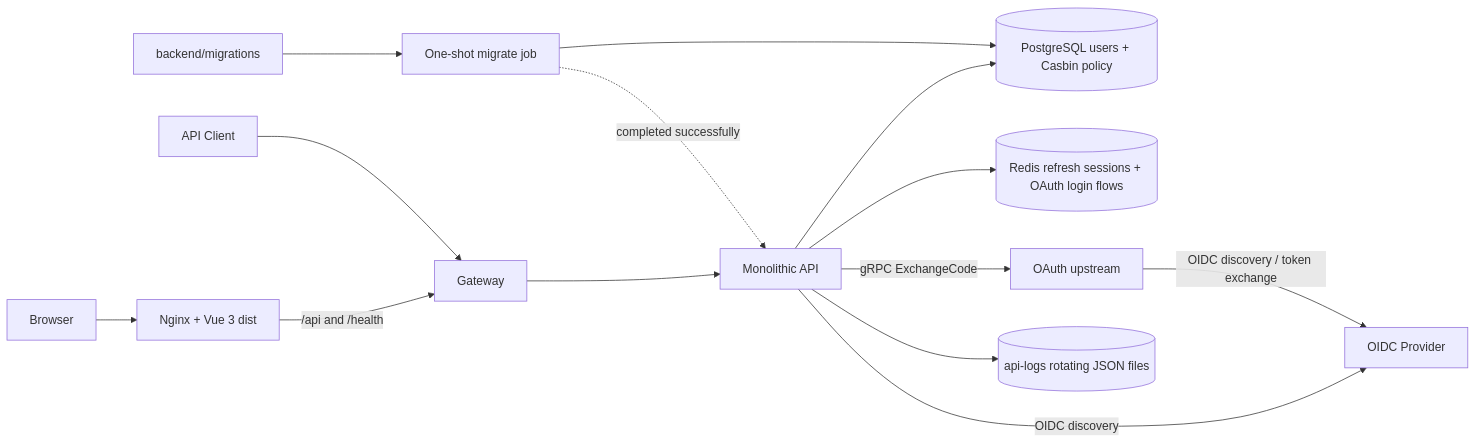
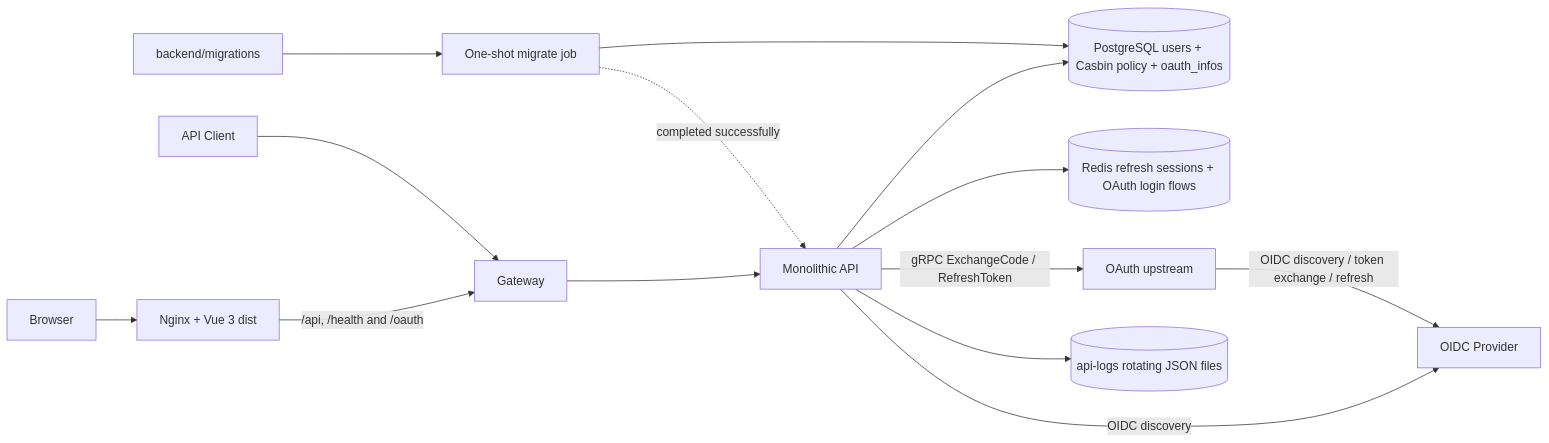
The first of 4 diagrams in ARCHITECTURE.md (DWHuang99/erent), drawn with Mermaid before and after one commit. The commit also changed other lines of this file and 54 other files, not shown here.

First line of the commit message:
feat(oauth): persist and refresh authorized provider accounts

````diff
--- a/ARCHITECTURE.md
+++ b/ARCHITECTURE.md
@@ -7,16 +7,16 @@
 ```mermaid
 flowchart LR
     Browser[Browser] --> Web[Nginx + Vue 3 dist]
-    Web -->|/api and /health| Gateway[Gateway]
+    Web -->|/api, /health and /oauth| Gateway[Gateway]
     Client[API Client] --> Gateway
     Gateway --> API[Monolithic API]
-    API --> PostgreSQL[(PostgreSQL users + Casbin policy)]
+    API --> PostgreSQL[(PostgreSQL users + Casbin policy + oauth_infos)]
     API --> Redis[(Redis refresh sessions + OAuth login flows)]
     API -->|OIDC discovery| OIDC[OIDC Provider]
-    API -->|gRPC ExchangeCode| Upstream[OAuth upstream]
-    Upstream -->|OIDC discovery / token exchange| OIDC
+    API -->|gRPC ExchangeCode / RefreshToken| Upstream[OAuth upstream]
+    Upstream -->|OIDC discovery / token exchange / refresh| OIDC
     API --> Logs[(api-logs rotating JSON files)]
     Migrations[backend/migrations] --> Migrator[One-shot migrate job]
     Migrator --> PostgreSQL
     Migrator -. completed successfully .-> API
 ```
````
